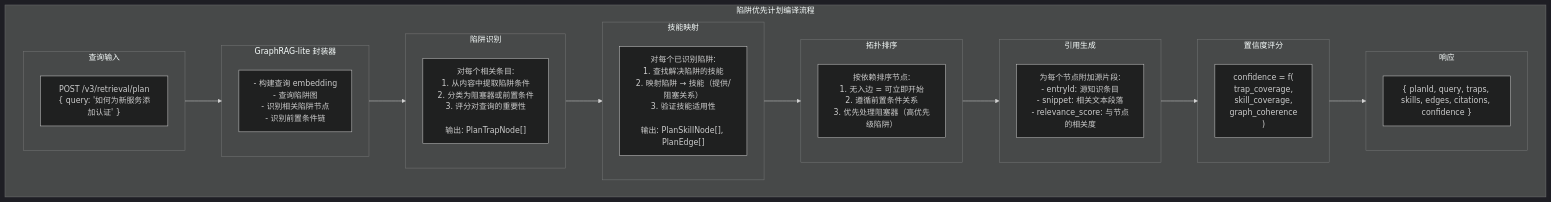
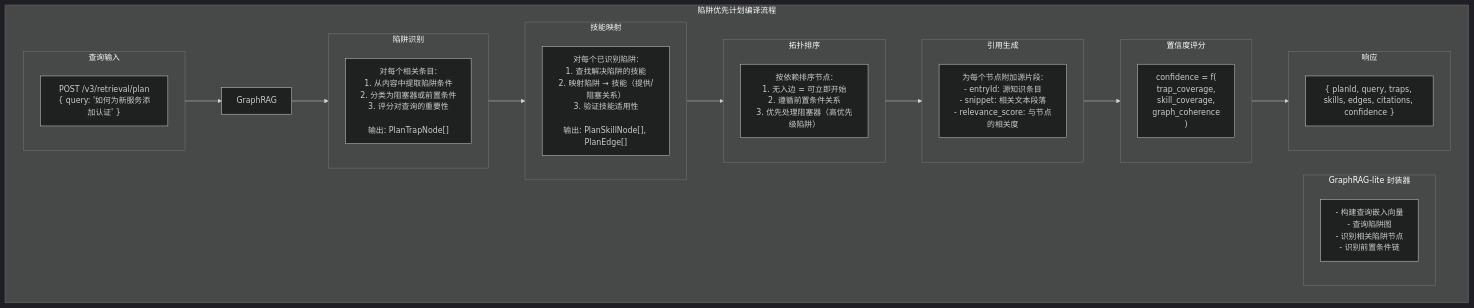
Before and after one commit to pofossette/TrapMap-for-vibing: the eighth of 8 diagrams in docs/architecture/components/RETRIEVAL.md, drawn with Mermaid (dark theme). The commit also changed other lines of this file and 31 other files, not shown here.

````diff
--- a/docs/architecture/components/RETRIEVAL.md
+++ b/docs/architecture/components/RETRIEVAL.md
@@ -317,38 +317,38 @@
 ```mermaid
 flowchart TB
-    subgraph TrapFirstPlan["陷阱优先计划编译流程"]
-        subgraph Query["查询输入"]
+    subgraph 陷阱优先计划["陷阱优先计划编译流程"]
+        subgraph 查询["查询输入"]
             A["POST /v3/retrieval/plan\n{ query: '如何为新服务添加认证' }"]
         end
 
-        subgraph GraphRAG["GraphRAG-lite 封装器"]
-            B["- 构建查询 embedding\n- 查询陷阱图\n- 识别相关陷阱节点\n- 识别前置条件链"]
+        subgraph 图检索["GraphRAG-lite 封装器"]
+            B["- 构建查询嵌入向量\n- 查询陷阱图\n- 识别相关陷阱节点\n- 识别前置条件链"]
         end
 
-        subgraph Traps["陷阱识别"]
+        subgraph 陷阱识别["陷阱识别"]
             C["对每个相关条目:\n1. 从内容中提取陷阱条件\n2. 分类为阻塞器或前置条件\n3. 评分对查询的重要性\n\n输出: PlanTrapNode[]"]
         end
 
-        subgraph Skills["技能映射"]
+        subgraph 技能映射["技能映射"]
             D["对每个已识别陷阱:\n1. 查找解决陷阱的技能\n2. 映射陷阱 → 技能（提供/阻塞关系）\n3. 验证技能适用性\n\n输出: PlanSkillNode[], PlanEdge[]"]
         end
 
-        subgraph TopoSort["拓扑排序"]
+        subgraph 拓扑排序["拓扑排序"]
             E["按依赖排序节点:\n1. 无入边 = 可立即开始\n2. 遵循前置条件关系\n3. 优先处理阻塞器（高优先级陷阱）"]
         end
 
-        subgraph Citations["引用生成"]
+        subgraph 引用生成["引用生成"]
             F["为每个节点附加源片段:\n- entryId: 源知识条目\n- snippet: 相关文本段落\n- relevance_score: 与节点的相关度"]
         end
 
-        subgraph Confidence["置信度评分"]
+        subgraph 置信度评分["置信度评分"]
             G["confidence = f(\n  trap_coverage,\n  skill_coverage,\n  graph_coherence\n)"]
         end
 
-        subgraph Response["响应"]
+        subgraph 响应["响应"]
             H["{ planId, query, traps, skills, edges, citations, confidence }"]
         end
 
-        Query --> GraphRAG --> Traps --> Skills --> TopoSort --> Citations --> Confidence --> Response
+        查询 --> GraphRAG --> 陷阱识别 --> 技能映射 --> 拓扑排序 --> 引用生成 --> 置信度评分 --> 响应
     end
 ```
````
